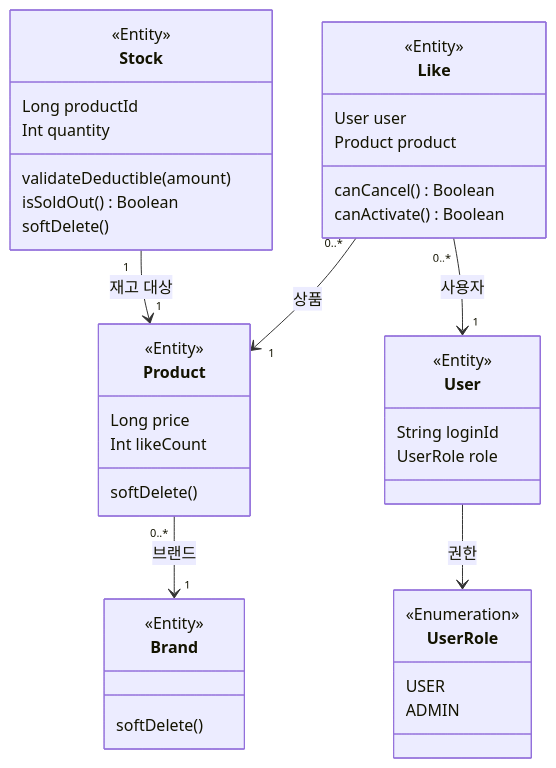
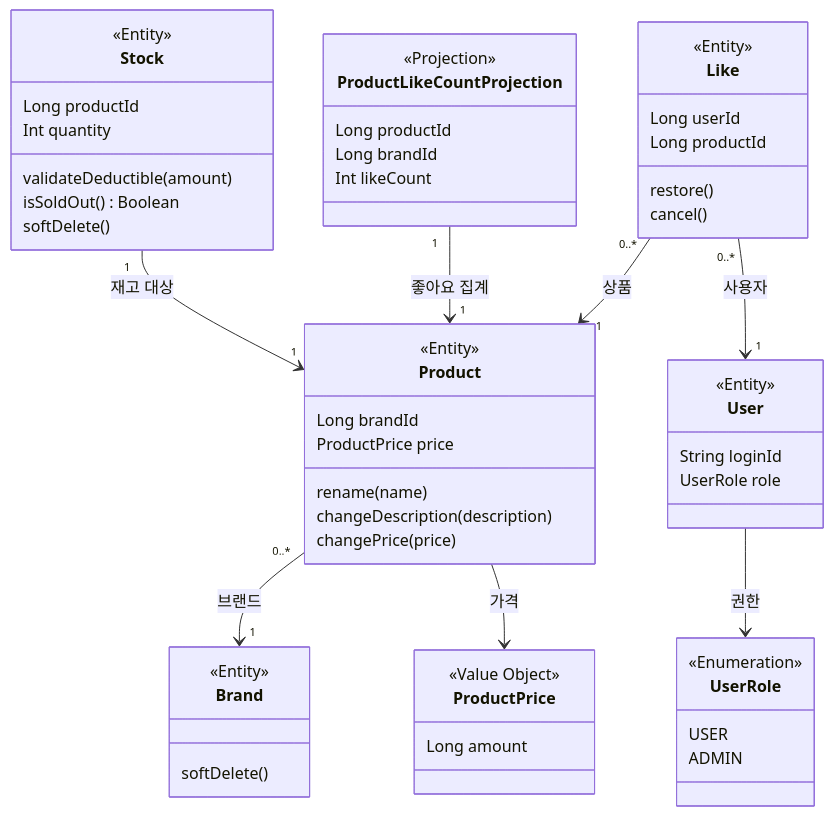
The first of 2 diagrams in docs/week2/03-class-diagram.md (loopers-labs/loop-pack-be-l2-vol4-kotlin), drawn with Mermaid before and after one commit. The commit also changed other lines of this file and 3 other files, not shown here.

````diff
--- a/docs/week2/03-class-diagram.md
+++ b/docs/week2/03-class-diagram.md
@@ -52,51 +59,67 @@
 ```mermaid
 classDiagram
     direction TB
 
     class User {
         <<Entity>>
         String loginId
         UserRole role
     }
 
     class UserRole {
         <<Enumeration>>
         USER
         ADMIN
     }
 
     class Brand {
         <<Entity>>
         softDelete()
     }
 
     class Product {
         <<Entity>>
-        Long price
+        Long brandId
+        ProductPrice price
+        rename(name)
+        changeDescription(description)
+        changePrice(price)
+    }
+
+    class ProductPrice {
+        <<Value Object>>
+        Long amount
+    }
+
+    class ProductLikeCountProjection {
+        <<Projection>>
+        Long productId
+        Long brandId
         Int likeCount
-        softDelete()
     }
 
     class Stock {
         <<Entity>>
         Long productId
         Int quantity
         validateDeductible(amount)
         isSoldOut() Boolean
         softDelete()
     }
 
     class Like {
         <<Entity>>
-        User user
-        Product product
-        canCancel() Boolean
-        canActivate() Boolean
+        Long userId
+        Long productId
+        restore()
+        cancel()
     }
 
     Product "0..*" --> "1" Brand : 브랜드
+    Product --> ProductPrice : 가격
     Stock "1" --> "1" Product : 재고 대상
+    ProductLikeCountProjection "1" --> "1" Product : 좋아요 집계
     Like "0..*" --> "1" User : 사용자
     Like "0..*" --> "1" Product : 상품
     User --> UserRole : 권한
 ```
````
